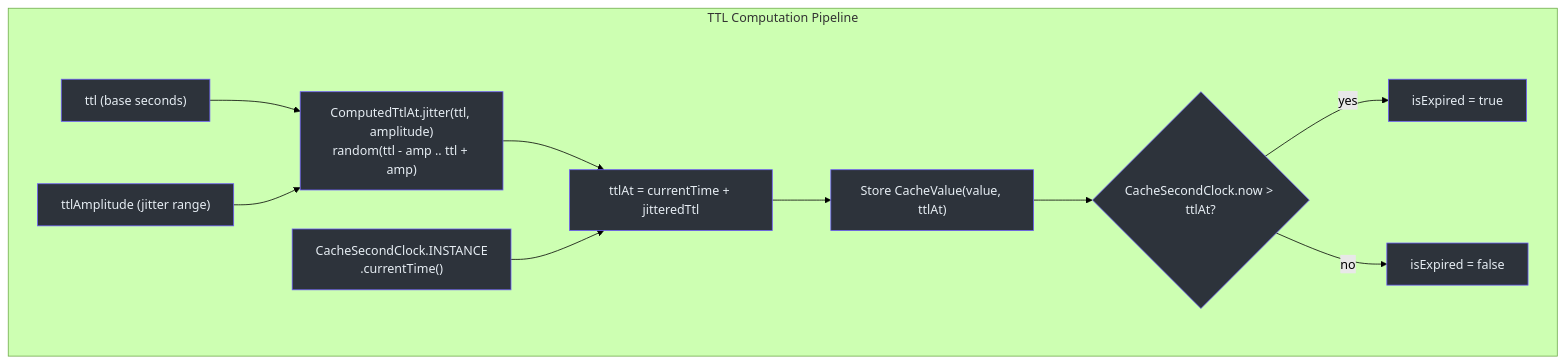
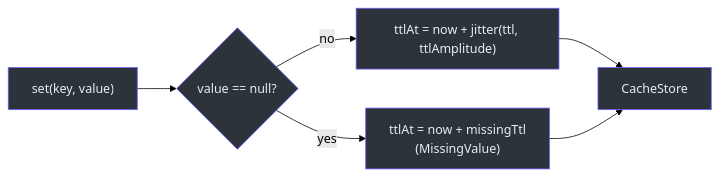
Before and after one commit to Ahoo-Wang/CoCache: the second of 3 diagrams in wiki/modules/cocache-core.md, drawn with Mermaid (forest theme). The commit also changed other lines of this file and 256 other files, not shown here.

````diff
--- a/wiki/modules/cocache-core.md
+++ b/wiki/modules/cocache-core.md
@@ -272,42 +76,14 @@
 ```mermaid
-graph TB
-    subgraph sg_39 ["TTL Computation Pipeline"]
+graph LR
+    V["set(key, value)"] --> P{"value == null?"}
+    P -->|no| T["ttlAt = now + jitter(ttl, ttlAmplitude)"]
+    P -->|yes| M["ttlAt = now + missingTtl<br>(MissingValue)"]
+    T --> S["CacheStore"]
+    M --> S
 
-        ttl_input["ttl (base seconds)"]
-        style ttl_input fill:#2d333b,stroke:#6d5dfc,color:#e6edf3
-
-        amp_input["ttlAmplitude (jitter range)"]
-        style amp_input fill:#2d333b,stroke:#6d5dfc,color:#e6edf3
-
-        jitter["ComputedTtlAt.jitter(ttl, amplitude)<br>random(ttl - amp .. ttl + amp)"]
-        style jitter fill:#2d333b,stroke:#6d5dfc,color:#e6edf3
-
-        clock["CacheSecondClock.INSTANCE<br>.currentTime()"]
-        style clock fill:#2d333b,stroke:#6d5dfc,color:#e6edf3
-
-        at["ttlAt = currentTime + jitteredTtl"]
-        style at fill:#2d333b,stroke:#6d5dfc,color:#e6edf3
-
-        store["Store CacheValue(value, ttlAt)"]
-        style store fill:#2d333b,stroke:#6d5dfc,color:#e6edf3
-
-        expire_check{"CacheSecondClock.now > ttlAt?"}
-        style expire_check fill:#2d333b,stroke:#6d5dfc,color:#e6edf3
-
-        expired["isExpired = true"]
-        style expired fill:#2d333b,stroke:#6d5dfc,color:#e6edf3
-
-        valid["isExpired = false"]
-        style valid fill:#2d333b,stroke:#6d5dfc,color:#e6edf3
-
-        ttl_input --> jitter
-        amp_input --> jitter
-        jitter --> at
-        clock --> at
-        at --> store
-        store --> expire_check
-        expire_check -->|yes| expired
-        expire_check -->|no| valid
-    end
-
+    style V fill:#2d333b,stroke:#6d5dfc,color:#e6edf3
+    style P fill:#2d333b,stroke:#6d5dfc,color:#e6edf3
+    style T fill:#2d333b,stroke:#6d5dfc,color:#e6edf3
+    style M fill:#2d333b,stroke:#6d5dfc,color:#e6edf3
+    style S fill:#2d333b,stroke:#6d5dfc,color:#e6edf3
 ```
````
